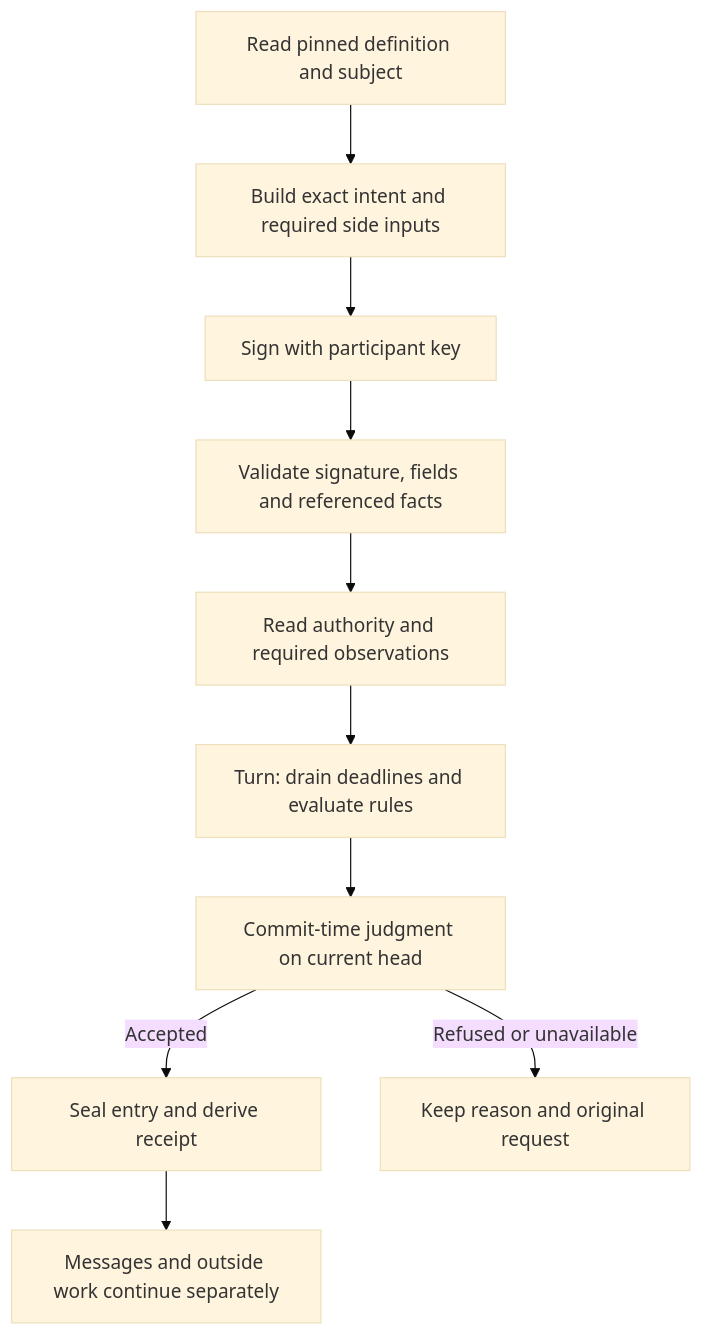
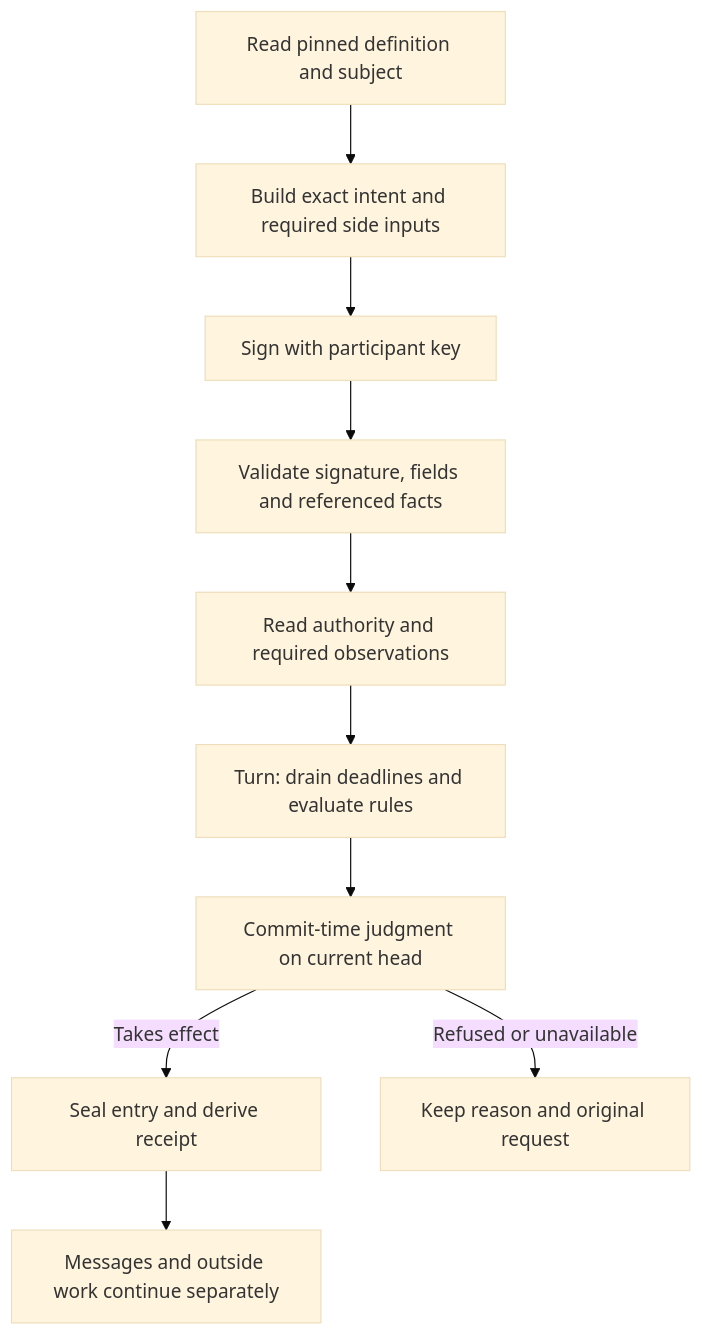
One commit to generalbusiness-ai/artroom changed the diagram in docs/manual/life-of-an-act.md. Above: the diagram before and after it, drawn with Mermaid (base theme). The commit also changed other lines of this file and 24 other files, not shown here.

````diff
--- a/docs/manual/life-of-an-act.md
+++ b/docs/manual/life-of-an-act.md
@@ -30,12 +27,12 @@
 ```mermaid
 flowchart TD
   D[Read pinned definition and subject] --> I[Build exact intent and required side inputs]
   I --> S[Sign with participant key]
   S --> V[Validate signature, fields and referenced facts]
   V --> A[Read authority and required observations]
   A --> T[Turn: drain deadlines and evaluate rules]
   T --> J[Commit-time judgment on current head]
-  J -->|Accepted| E[Seal entry and derive receipt]
+  J -->|Takes effect| E[Seal entry and derive receipt]
   J -->|Refused or unavailable| R[Keep reason and original request]
   E --> M[Messages and outside work continue separately]
 ```
````
